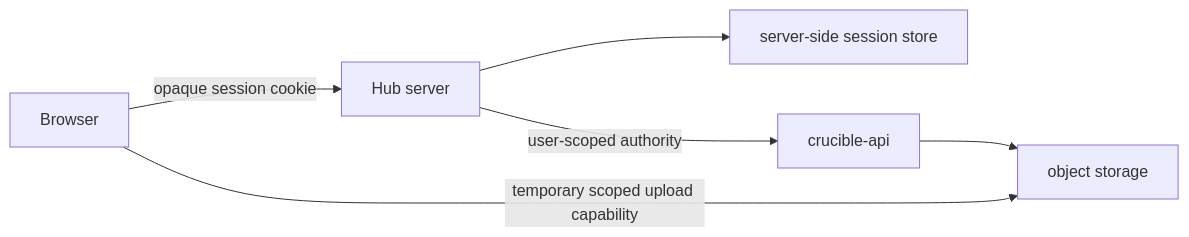
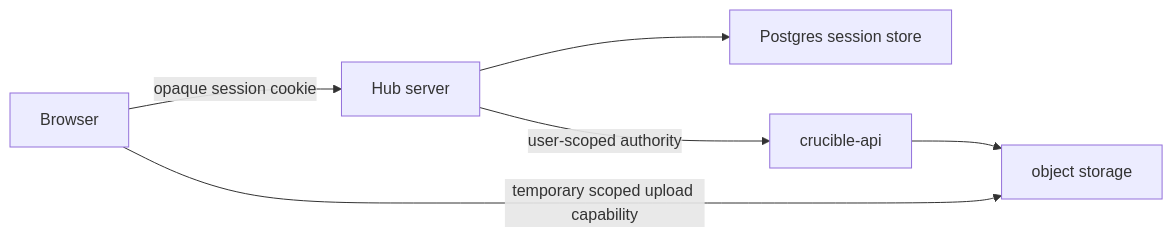
Before and after one commit to MolecularFoundryCrucible/crucible-hub: the diagram in docs/architecture.md, drawn with Mermaid. The commit also changed other lines of this file and 82 other files, not shown here.

````diff
--- a/docs/architecture.md
+++ b/docs/architecture.md
@@ -27,8 +23,8 @@
 ```mermaid
 flowchart LR
     Browser -->|opaque session cookie| Hub[Hub server]
-    Hub --> Sessions[server-side session store]
+    Hub --> Sessions[Postgres session store]
     Hub -->|user-scoped authority| API[crucible-api]
     Browser -->|temporary scoped upload capability| Objects[object storage]
     API --> Objects
 ```
````
